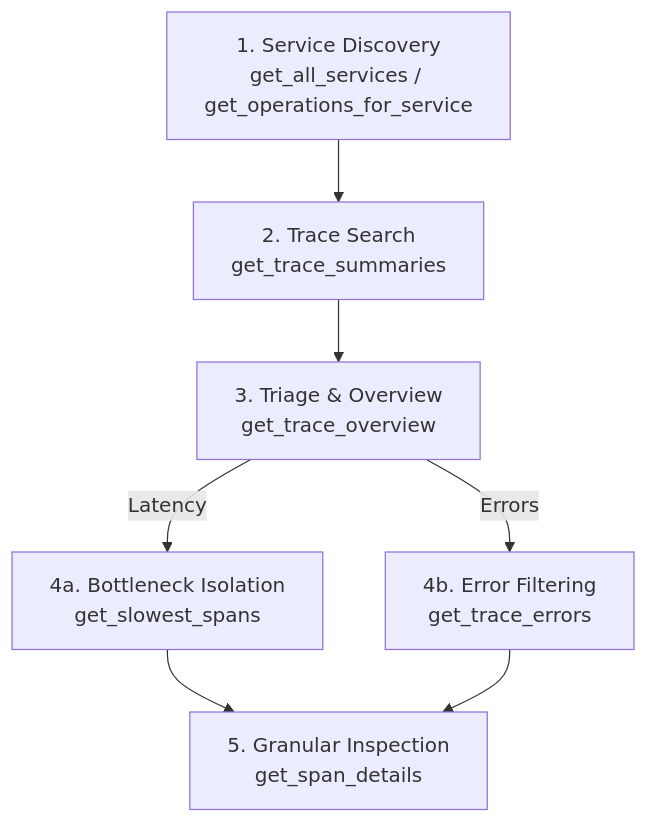
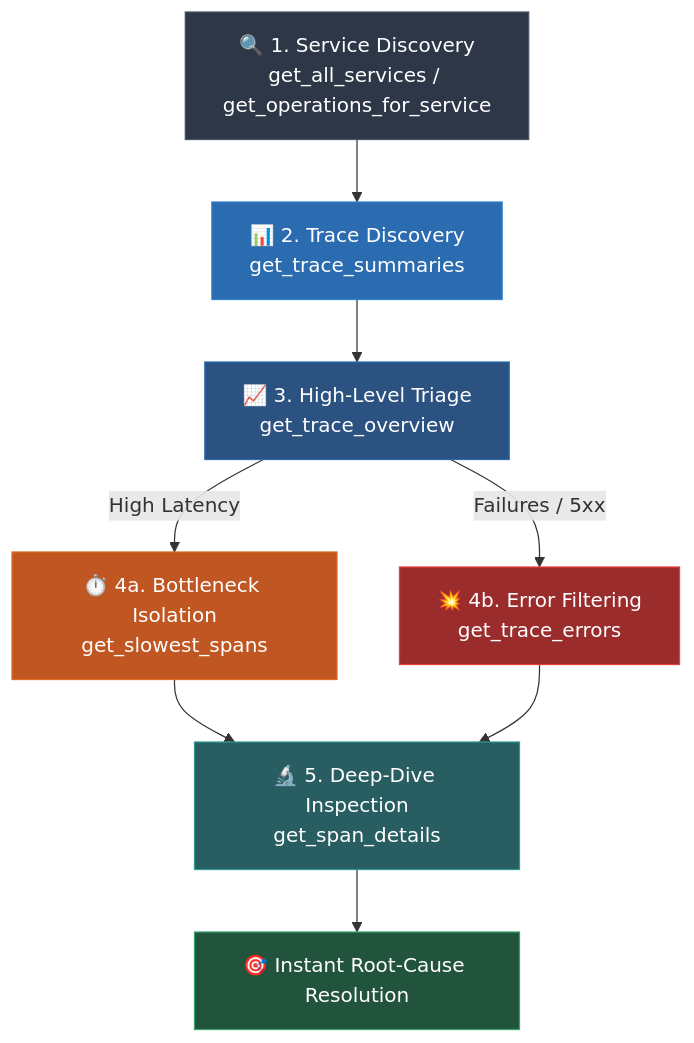
The diagram in README.md (chahatsagarmain/jaeger-mcp), drawn with Mermaid before and after one commit. The commit also changed other lines of this file, not shown here.

````diff
--- a/README.md
+++ b/README.md
@@ -5,9 +39,18 @@
 ```mermaid
 flowchart TD
-    A[1. Service Discovery<br/>get_all_services / get_operations_for_service] --> B[2. Trace Search<br/>get_trace_summaries]
-    B --> C[3. Triage & Overview<br/>get_trace_overview]
-    C -->|Latency| D[4a. Bottleneck Isolation<br/>get_slowest_spans]
-    C -->|Errors| E[4b. Error Filtering<br/>get_trace_errors]
-    D --> F[5. Granular Inspection<br/>get_span_details]
+    A[🔍 1. Service Discovery<br/>get_all_services / get_operations_for_service] --> B[📊 2. Trace Discovery<br/>get_trace_summaries]
+    B --> C[📈 3. High-Level Triage<br/>get_trace_overview]
+    C -->|High Latency| D[⏱️ 4a. Bottleneck Isolation<br/>get_slowest_spans]
+    C -->|Failures / 5xx| E[💥 4b. Error Filtering<br/>get_trace_errors]
+    D --> F[🔬 5. Deep-Dive Inspection<br/>get_span_details]
     E --> F
+    F --> G[🎯 Instant Root-Cause Resolution]
+
+    style A fill:#2d3748,stroke:#4a5568,color:#fff
+    style B fill:#2b6cb0,stroke:#3182ce,color:#fff
+    style C fill:#2c5282,stroke:#2b6cb0,color:#fff
+    style D fill:#c05621,stroke:#dd6b20,color:#fff
+    style E fill:#9b2c2c,stroke:#e53e3e,color:#fff
+    style F fill:#285e61,stroke:#319795,color:#fff
+    style G fill:#22543d,stroke:#38a169,color:#fff
 ```
````
